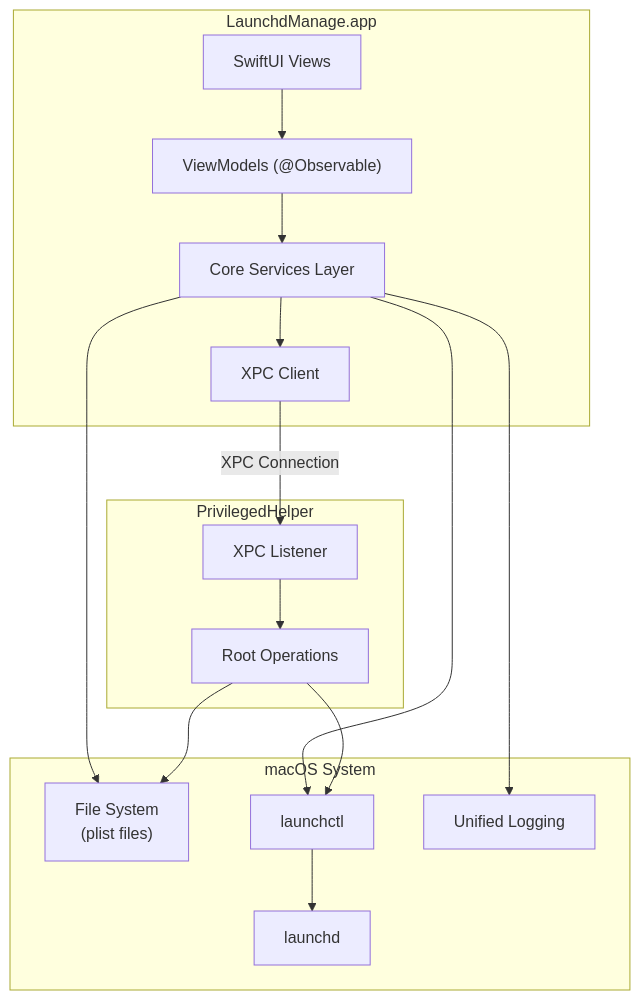
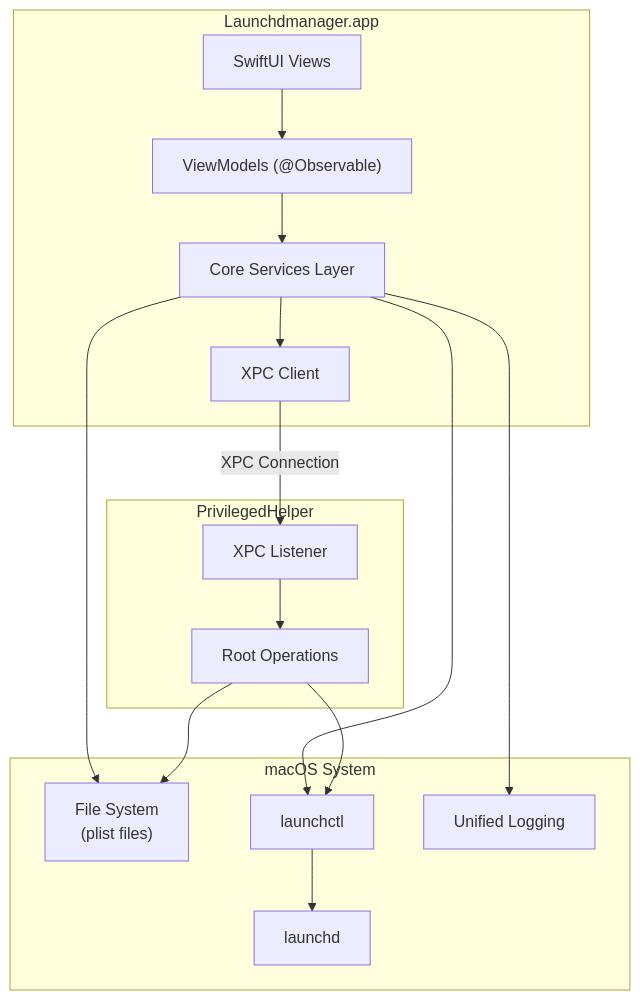
One commit to SteveShi/LaunchdManage changed the diagram in README.md. Above: the diagram before and after it, drawn with Mermaid. The commit also changed other lines of this file and 14 other files, not shown here.

````diff
--- a/README.md
+++ b/README.md
@@ -25,33 +25,33 @@
 ```mermaid
 graph TB
-    subgraph "LaunchdManage.app"
+    subgraph "Launchdmanager.app"
         UI["SwiftUI Views"]
         VM["ViewModels (@Observable)"]
         Core["Core Services Layer"]
         XPC_Client["XPC Client"]
     end
 
     subgraph "PrivilegedHelper"
         XPC_Server["XPC Listener"]
         RootOps["Root Operations"]
     end
 
     subgraph "macOS System"
         FS["File System<br/>(plist files)"]
         LC["launchctl"]
         UL["Unified Logging"]
         LAUNCHD["launchd"]
     end
 
     UI --> VM
     VM --> Core
     Core --> FS
     Core --> LC
     Core --> UL
     Core --> XPC_Client
     XPC_Client -->|"XPC Connection"| XPC_Server
     XPC_Server --> RootOps
     RootOps --> LC
     RootOps --> FS
     LC --> LAUNCHD
 ```
````
